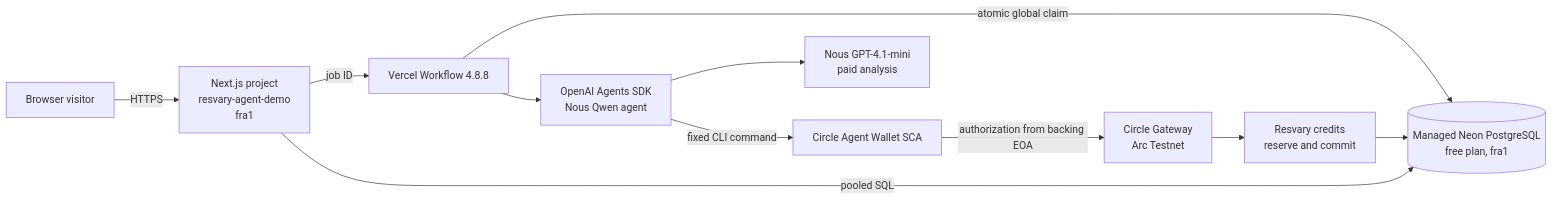
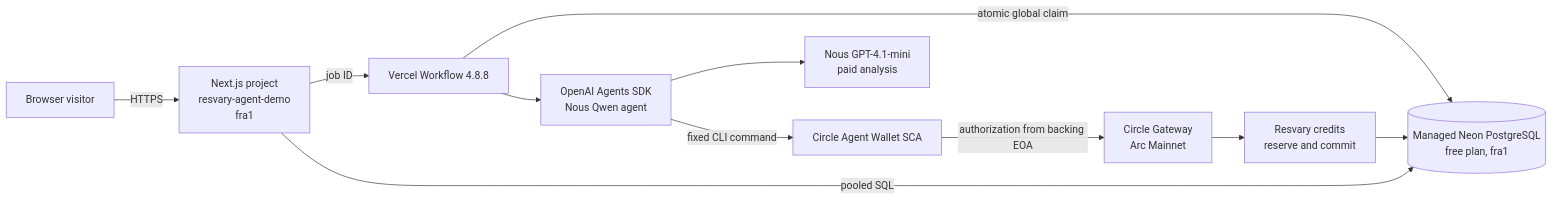
One commit to horn111/resvary changed the diagram in docs/agent-demo-vercel-runbook.md. Above: the diagram before and after it, drawn with Mermaid. The commit also changed other lines of this file and 50 other files, not shown here.

Commit message:
feat: add Arc Mainnet funding support

````diff
--- a/docs/agent-demo-vercel-runbook.md
+++ b/docs/agent-demo-vercel-runbook.md
@@ -7,13 +7,13 @@
 ```mermaid
 flowchart LR
     User[Browser visitor] -->|HTTPS| Vercel[Next.js project\nresvary-agent-demo\nfra1]
     Vercel -->|job ID| Workflow[Vercel Workflow 4.8.8]
     Vercel -->|pooled SQL| Neon[(Managed Neon PostgreSQL\nfree plan, fra1)]
     Workflow -->|atomic global claim| Neon
     Workflow --> Agent[OpenAI Agents SDK\nNous Qwen agent]
     Agent --> Service[Nous GPT-4.1-mini\npaid analysis]
     Agent -->|fixed CLI command| Circle[Circle Agent Wallet SCA]
-    Circle -->|authorization from backing EOA| Gateway[Circle Gateway\nArc Testnet]
+    Circle -->|authorization from backing EOA| Gateway[Circle Gateway\nArc Mainnet]
     Gateway --> Ledger[Resvary credits\nreserve and commit]
     Ledger --> Neon
 ```
````
